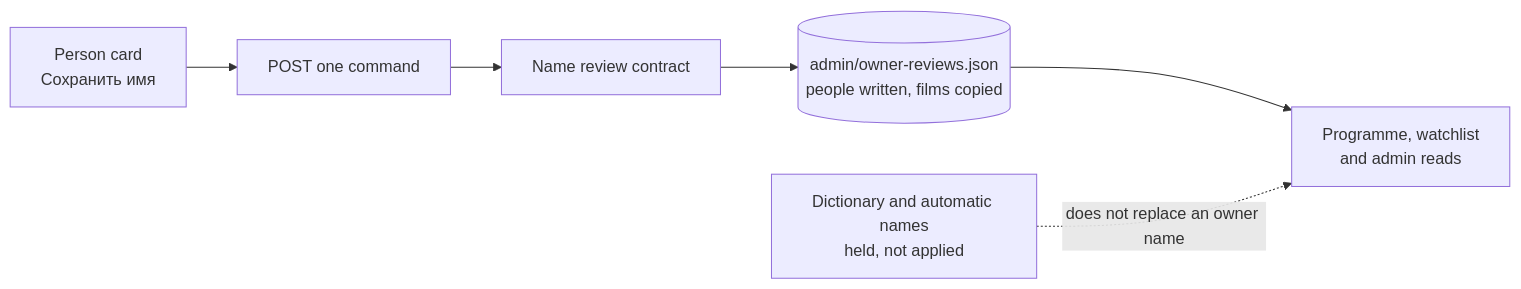
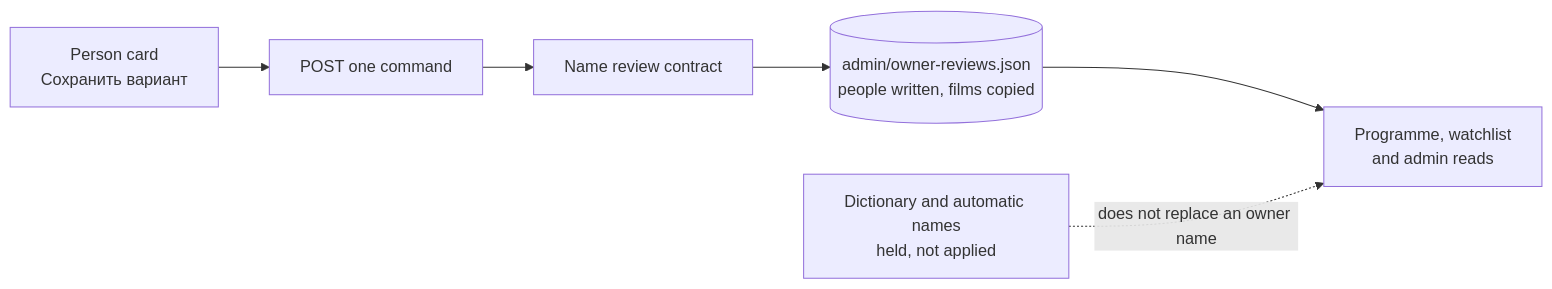
The third of 3 diagrams in docs/architecture/film-person-lifecycle.md (vladimino/iptv-watchlist), drawn with Mermaid before and after one commit. The commit also changed other lines of this file and 16 other files, not shown here.

````diff
--- a/docs/architecture/film-person-lifecycle.md
+++ b/docs/architecture/film-person-lifecycle.md
@@ -61,12 +61,12 @@
 ```mermaid
 flowchart LR
-  form["Person card<br/>Сохранить имя"]
+  form["Person card<br/>Сохранить вариант"]
   post["POST one command"]
   pure["Name review contract"]
   object[("admin/owner-reviews.json<br/>people written, films copied")]
   reads["Programme, watchlist<br/>and admin reads"]
   held["Dictionary and automatic names<br/>held, not applied"]
   form --> post --> pure --> object
   object --> reads
   held -.->|does not replace an owner name| reads
 ```
````
